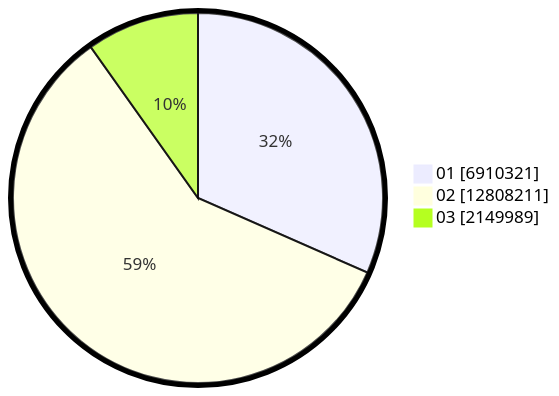
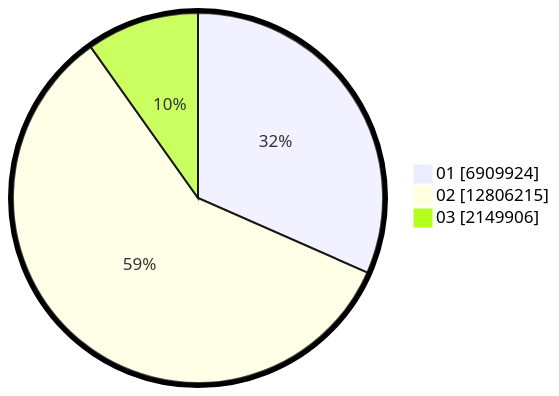
One commit to gigit-pemilu/pemilu-2024 changed the second of 2 diagrams in pilpres/hitung-suara/sub/table-wilayah-32.md. Above: the diagram before and after it, drawn with Mermaid. The commit also changed other lines of this file and 12 other files, not shown here.

````diff
--- a/pilpres/hitung-suara/sub/table-wilayah-32.md
+++ b/pilpres/hitung-suara/sub/table-wilayah-32.md
@@ -15,7 +15,7 @@
 ```mermaid
 %%{init: {"pie": {"textPosition": 0.5}, "themeVariables": {"pieOuterStrokeWidth": "5px"}} }%%
 pie showData
-    "01" : 6910321
-    "02" : 12808211
-    "03" : 2149989
+    "01" : 6909924
+    "02" : 12806215
+    "03" : 2149906
 ```
````
